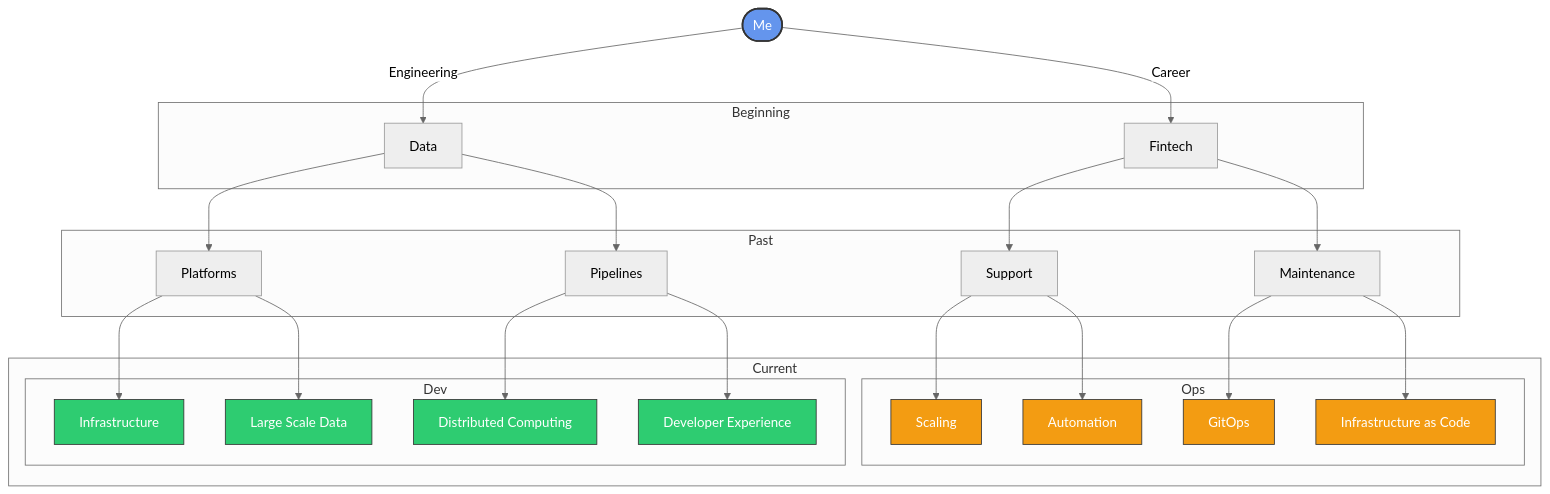
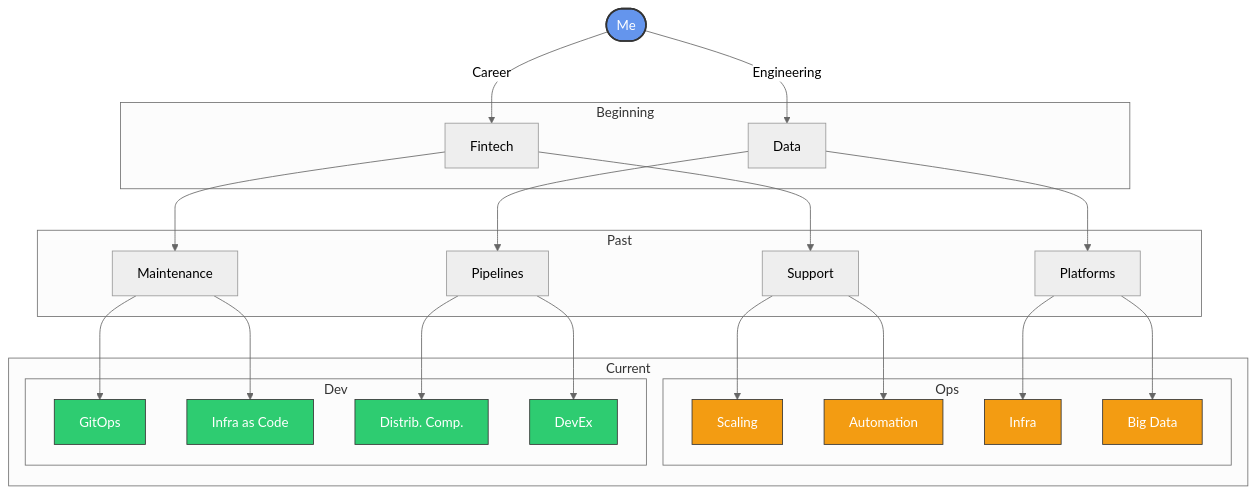
One commit to laimis9133/laimis9133 changed the diagram in README.md. Above: the diagram before and after it, drawn with Mermaid (neutral theme).

````diff
--- a/README.md
+++ b/README.md
@@ -21,64 +21,64 @@
 ```mermaid
 
 flowchart TD
     classDef me fill:#6495ED,color:white,stroke:#333,stroke-width:2px
     classDef block1 fill:#95A5A6,color:white,stroke:#333
     classDef block2 fill:#5D9CEC,color:white,stroke:#333
     classDef ops fill:#F39C12,color:white,stroke:#333
     classDef dev fill:#2ECC71,color:white,stroke:#333
     classDef current fill:#8E44AD,color:white,stroke:#333,stroke-width:2px
     
     Me(["Me"]) --> |Engineering| Data
     Me --> |Career| Fintech
     
     subgraph Beginning
         Data["Data"]
         Fintech["Fintech"]
     end
     
     Data --> Platforms
     Data --> Pipelines
     Fintech --> Support
     Fintech --> Maintenance
     
     subgraph Past
         Platforms["Platforms"]
         Pipelines["Pipelines"]
         Support["Support"]
         Maintenance["Maintenance"]
     end
     
     Support --> Scaling
     Support --> Automation
     Maintenance --> GitOps
     Maintenance --> IaC
     
     Platforms --> Infrastructure
     Platforms --> LargeScaleData
     Pipelines --> DistComp
     Pipelines --> DevEx
     
     subgraph Current
         subgraph Ops
             Scaling["Scaling"]
             Automation["Automation"]
-            GitOps["GitOps"]
-            IaC["Infrastructure as Code"]
+            Infrastructure["Infra"]
+            LargeScaleData["Big Data"]
         end
         
         subgraph Dev
-            Infrastructure["Infrastructure"]
-            LargeScaleData["Large Scale Data"]
-            DistComp["Distributed Computing"]
-            DevEx["Developer Experience"]
+            GitOps["GitOps"]
+            IaC["Infra as Code"]
+            DistComp["Distrib. Comp."]
+            DevEx["DevEx"]
         end
     end
     
     class Me me
     class Block1 block1
     class Block2 block2
-    class Scaling,Automation,GitOps,IaC ops
-    class Infrastructure,LargeScaleData,DistComp,DevEx dev
+    class Scaling,Automation,Infrastructure,LargeScaleData ops
+    class GitOps,IaC,DistComp,DevEx dev
     class CURRENT current
 
 ```
````
